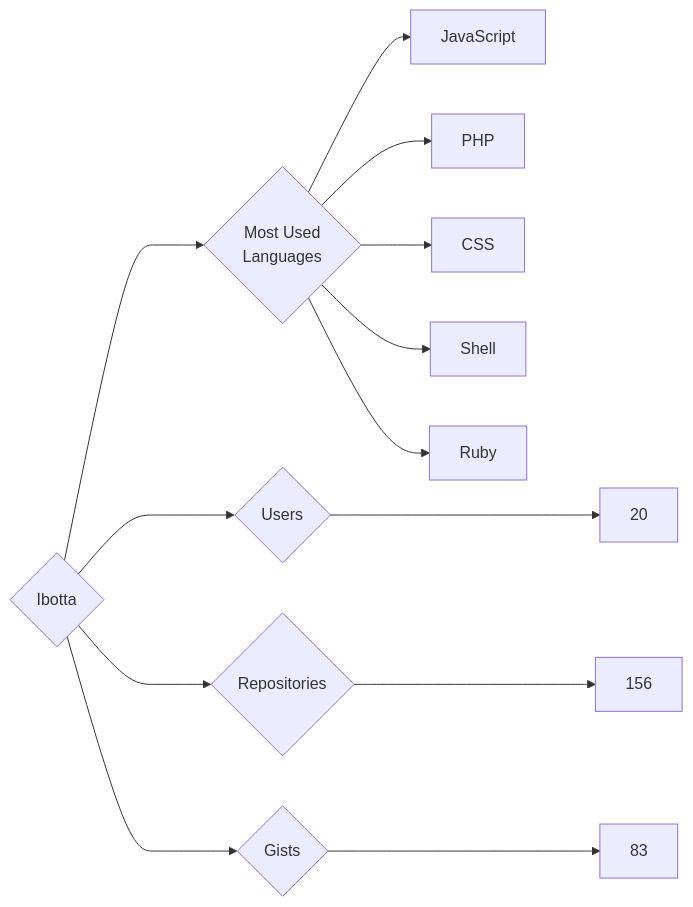
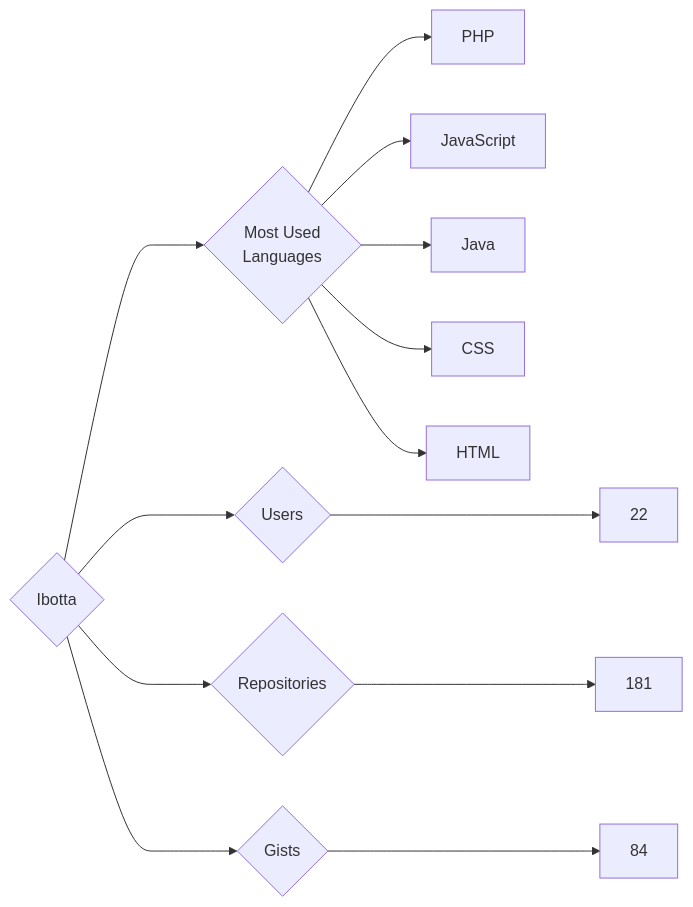
Before and after one commit to trickest/insiders: the diagram in targets/Ibotta/README.md, drawn with Mermaid. The commit also changed 681 other files, not shown here.

````diff
--- a/targets/Ibotta/README.md
+++ b/targets/Ibotta/README.md
@@ -3,13 +3,13 @@
 ```mermaid
 graph LR
 COMPANY_NAME{Ibotta}
-COMPANY_NAME ---> U{Users} ---> UN[20]
-COMPANY_NAME ---> R{Repositories} ---> RN[156]
-COMPANY_NAME ---> G{Gists} ---> GN[83]
+COMPANY_NAME ---> U{Users} ---> UN[22]
+COMPANY_NAME ---> R{Repositories} ---> RN[181]
+COMPANY_NAME ---> G{Gists} ---> GN[84]
 COMPANY_NAME ---> ML{Most Used<br>Languages}
+ML --> PHP[PHP]
 ML --> JavaScript[JavaScript]
-ML --> PHP[PHP]
+ML --> Java[Java]
 ML --> CSS[CSS]
-ML --> Shell[Shell]
-ML --> Ruby[Ruby]
+ML --> HTML[HTML]
 ```
````
